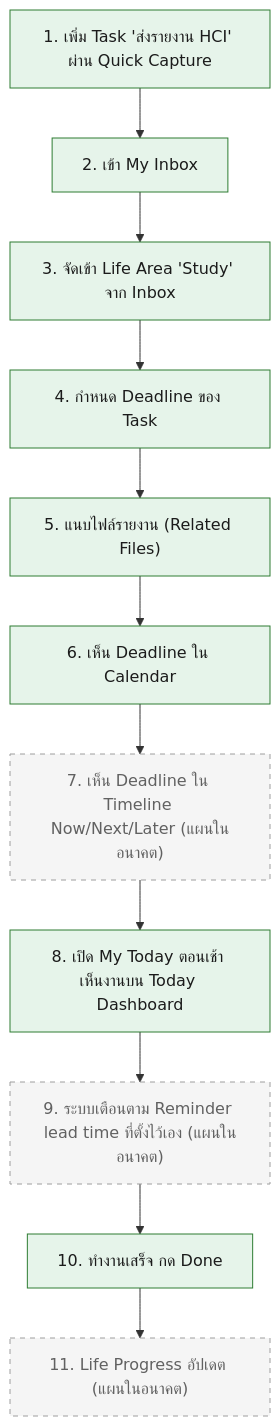
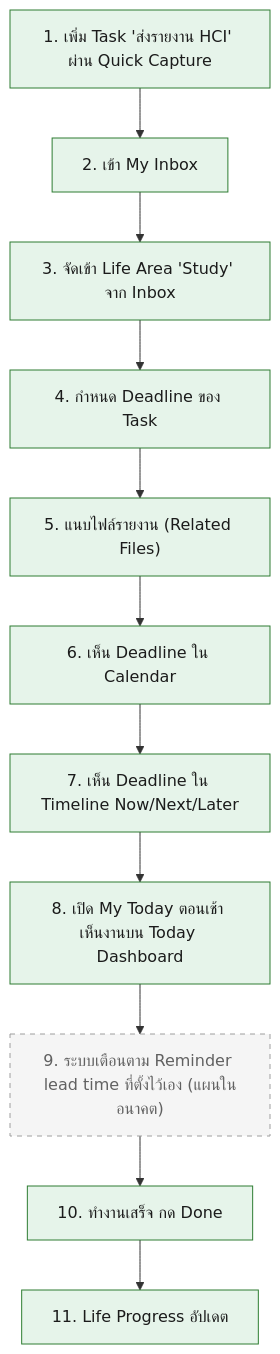
Before and after one commit to sirikorn-cmru/My-Today-Project: the diagram in .docs/02-design/01-prototypes/user-journey-student.md, drawn with Mermaid. The commit also changed other lines of this file and 8 other files, not shown here.

````diff
--- a/.docs/02-design/01-prototypes/user-journey-student.md
+++ b/.docs/02-design/01-prototypes/user-journey-student.md
@@ -17,19 +17,19 @@
 ```mermaid
 flowchart TD
     A1["1. เพิ่ม Task 'ส่งรายงาน HCI' ผ่าน Quick Capture"]:::done
     A2["2. เข้า My Inbox"]:::done
     A3["3. จัดเข้า Life Area 'Study' จาก Inbox"]:::done
     A4["4. กำหนด Deadline ของ Task"]:::done
     A5["5. แนบไฟล์รายงาน (Related Files)"]:::done
     A6["6. เห็น Deadline ใน Calendar"]:::done
-    A7["7. เห็น Deadline ใน Timeline Now/Next/Later (แผนในอนาคต)"]:::planned
+    A7["7. เห็น Deadline ใน Timeline Now/Next/Later"]:::done
     A8["8. เปิด My Today ตอนเช้า เห็นงานบน Today Dashboard"]:::done
     A9["9. ระบบเตือนตาม Reminder lead time ที่ตั้งไว้เอง (แผนในอนาคต)"]:::planned
     A10["10. ทำงานเสร็จ กด Done"]:::done
-    A11["11. Life Progress อัปเดต (แผนในอนาคต)"]:::planned
+    A11["11. Life Progress อัปเดต"]:::done
 
     A1 --> A2 --> A3 --> A4 --> A5 --> A6 --> A7 --> A8 --> A9 --> A10 --> A11
 
     classDef done fill:#e6f4ea,stroke:#2e7d32,stroke-width:1px,color:#1b1b1b;
     classDef planned fill:#f5f5f5,stroke:#9e9e9e,stroke-width:1px,stroke-dasharray:5 5,color:#616161;
 ```
````
